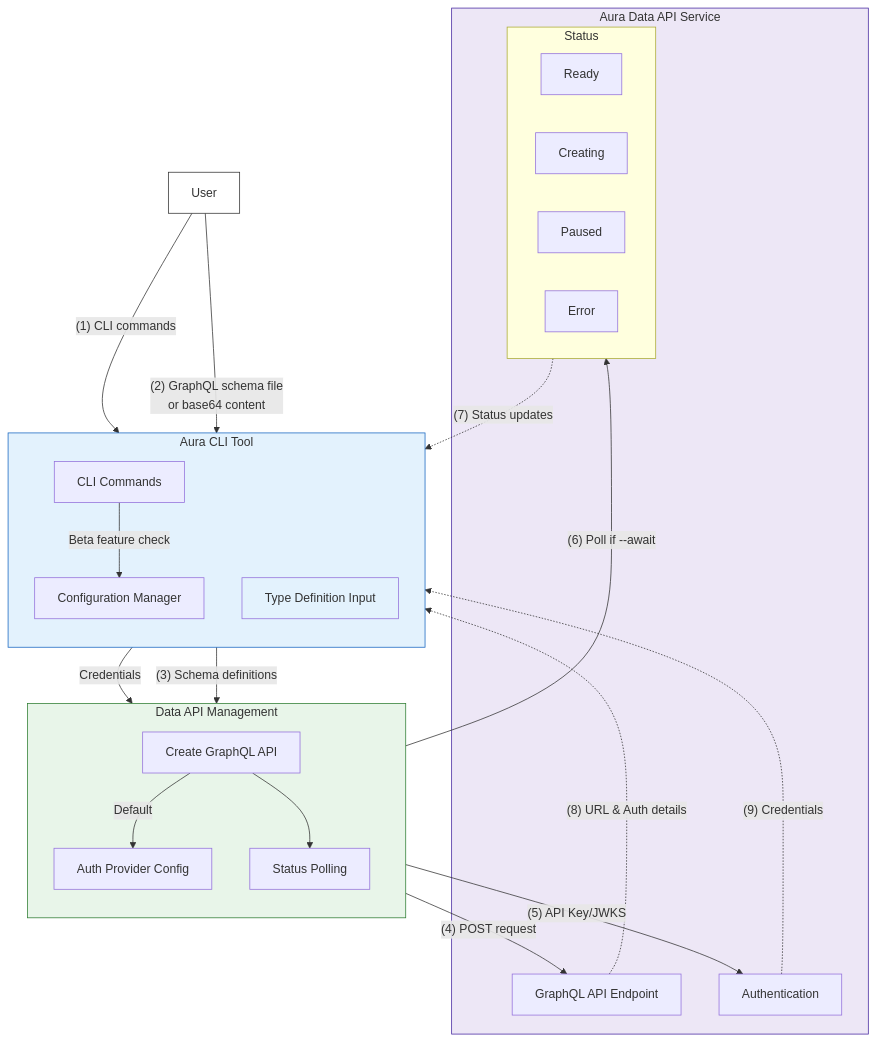
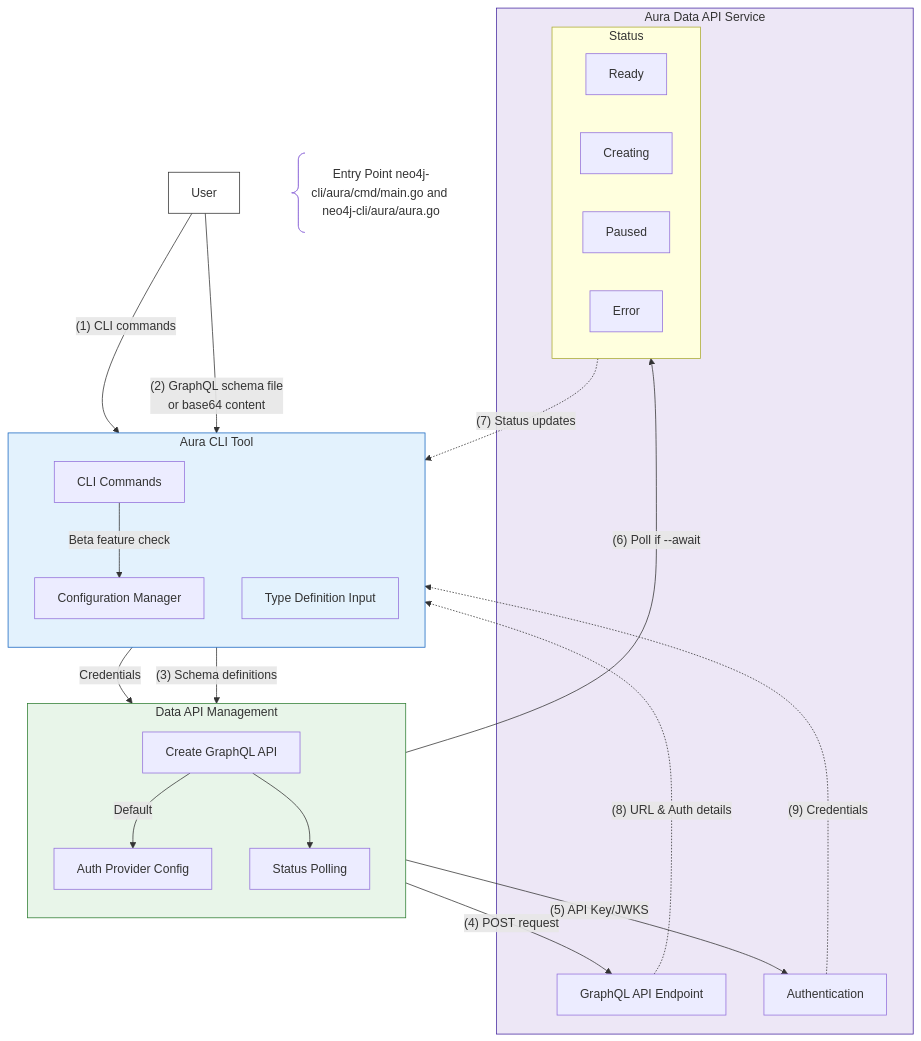
Before and after one commit to KazChe/neo4j-aura-go-cli: the diagram in graphql-aura-cli.mermaid, drawn with Mermaid. The commit also changed 1 other file, not shown here.

Commit message:
(README)start aura cli commads

```diff
--- a/graphql-aura-cli.mermaid
+++ b/graphql-aura-cli.mermaid
@@ -1,47 +1,48 @@
 flowchart TB
  subgraph AuraCLI["Aura CLI Tool"]
     direction TB
         Commands["CLI Commands"]
         Config["Configuration Manager"]
         TypeDefInput["Type Definition Input"]
   end
  subgraph DataAPIManager["Data API Management"]
     direction TB
         CreateAPI["Create GraphQL API"]
         AuthConfig["Auth Provider Config"]
         StatusPoll["Status Polling"]
   end
  subgraph Status["Status"]
         Ready["Ready"]
         Creating["Creating"]
         Paused["Paused"]
         Error["Error"]
   end
  subgraph AuraService["Aura Data API Service"]
         APIEndpoint["GraphQL API Endpoint"]
         Auth["Authentication"]
         Status
   end
     CreateAPI -- Default --> AuthConfig
     CreateAPI --> StatusPoll
+    A@{shape: comment, label: Entry Point neo4j-cli/aura/cmd/main.go and neo4j-cli/aura/aura.go} 
     User["User"] -- (1) CLI commands --> Commands
     User -- (2) GraphQL schema file\nor base64 content --> TypeDefInput
     Commands -- Beta feature check --> Config
     Config -- Credentials --> CreateAPI
     TypeDefInput -- (3) Schema definitions --> CreateAPI
     CreateAPI -- (4) POST request --> APIEndpoint
     AuthConfig -- (5) API Key/JWKS --> Auth
     StatusPoll -- "(6) Poll if --await" --> Status
     Status -. (7) Status updates .-> Commands
     APIEndpoint -. (8) URL & Auth details .-> Commands
     Auth -. (9) Credentials .-> Commands
      User:::user
      AuraCLI:::cli
      DataAPIManager:::manager
      AuraService:::service
     classDef user fill:#e3f2fd,stroke:#333
     classDef cli fill:#e3f2fd,stroke:#1565c0
     classDef manager fill:#e8f5e9,stroke:#2e7d32
     classDef service fill:#ede7f6,stroke:#4527a0
     style TypeDefInput fill:#e3f2fd
     style User fill:#FFFFFF
```
